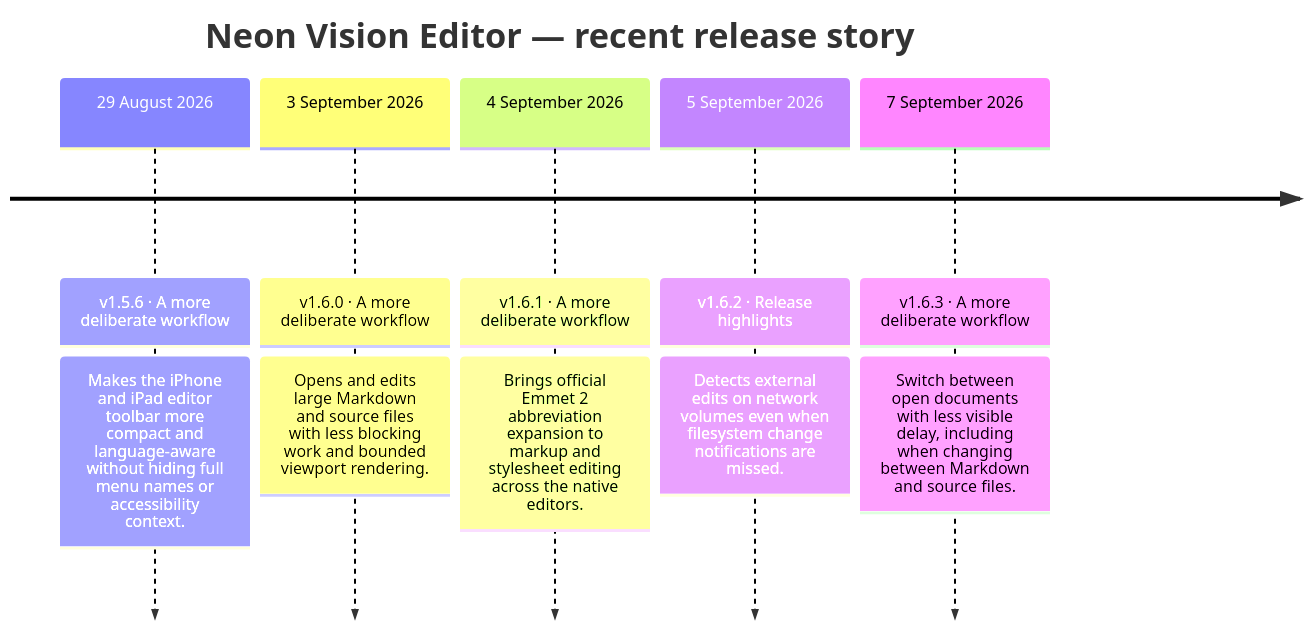
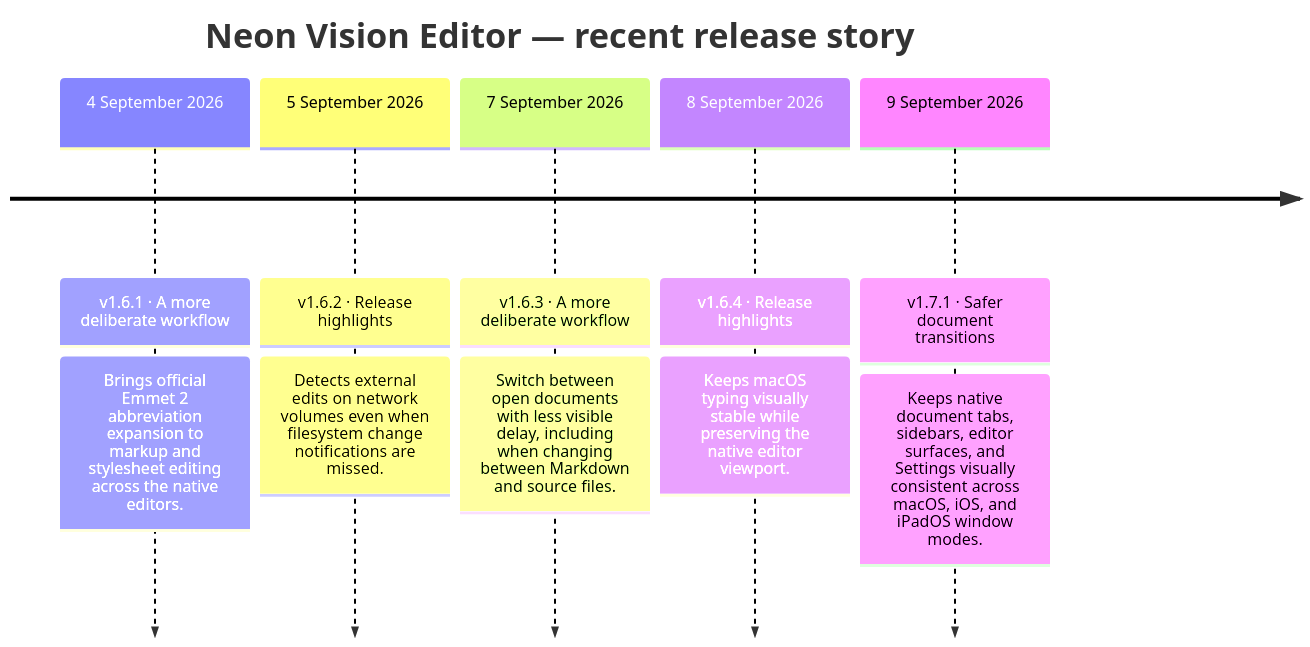
The diagram in README.md (h3pdesign/Neon-Vision-Editor), drawn with Mermaid before and after one commit. The commit also changed other lines of this file and 9 other files, not shown here.

````diff
--- a/README.md
+++ b/README.md
@@ -751,14 +737,14 @@
 ```mermaid
 timeline
     title Neon Vision Editor — recent release story
-    29 August 2026 : v1.5.6 · A more deliberate workflow
-                : Makes the iPhone and iPad editor toolbar more compact and language-aware without hiding full menu names or accessibility context.
-    3 September 2026 : v1.6.0 · A more deliberate workflow
-                : Opens and edits large Markdown and source files with less blocking work and bounded viewport rendering.
     4 September 2026 : v1.6.1 · A more deliberate workflow
                 : Brings official Emmet 2 abbreviation expansion to markup and stylesheet editing across the native editors.
     5 September 2026 : v1.6.2 · Release highlights
                 : Detects external edits on network volumes even when filesystem change notifications are missed.
     7 September 2026 : v1.6.3 · A more deliberate workflow
                 : Switch between open documents with less visible delay, including when changing between Markdown and source files.
+    8 September 2026 : v1.6.4 · Release highlights
+                : Keeps macOS typing visually stable while preserving the native editor viewport.
+    9 September 2026 : v1.7.1 · Safer document transitions
+                : Keeps native document tabs, sidebars, editor surfaces, and Settings visually consistent across macOS, iOS, and iPadOS window modes.
 ```
````
